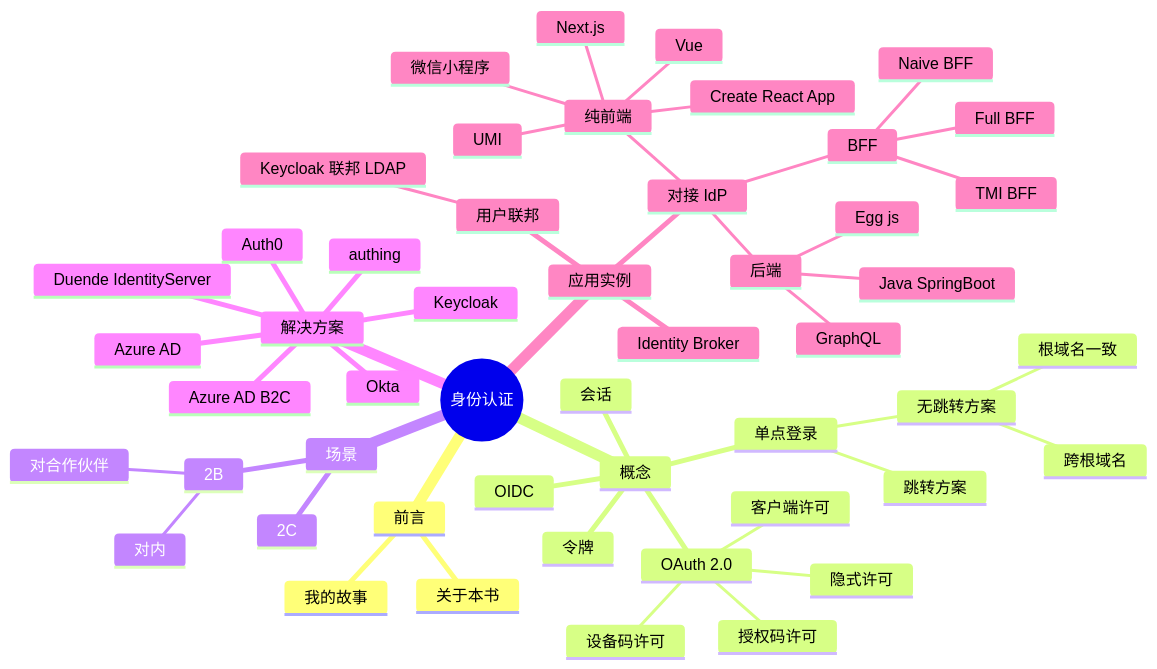
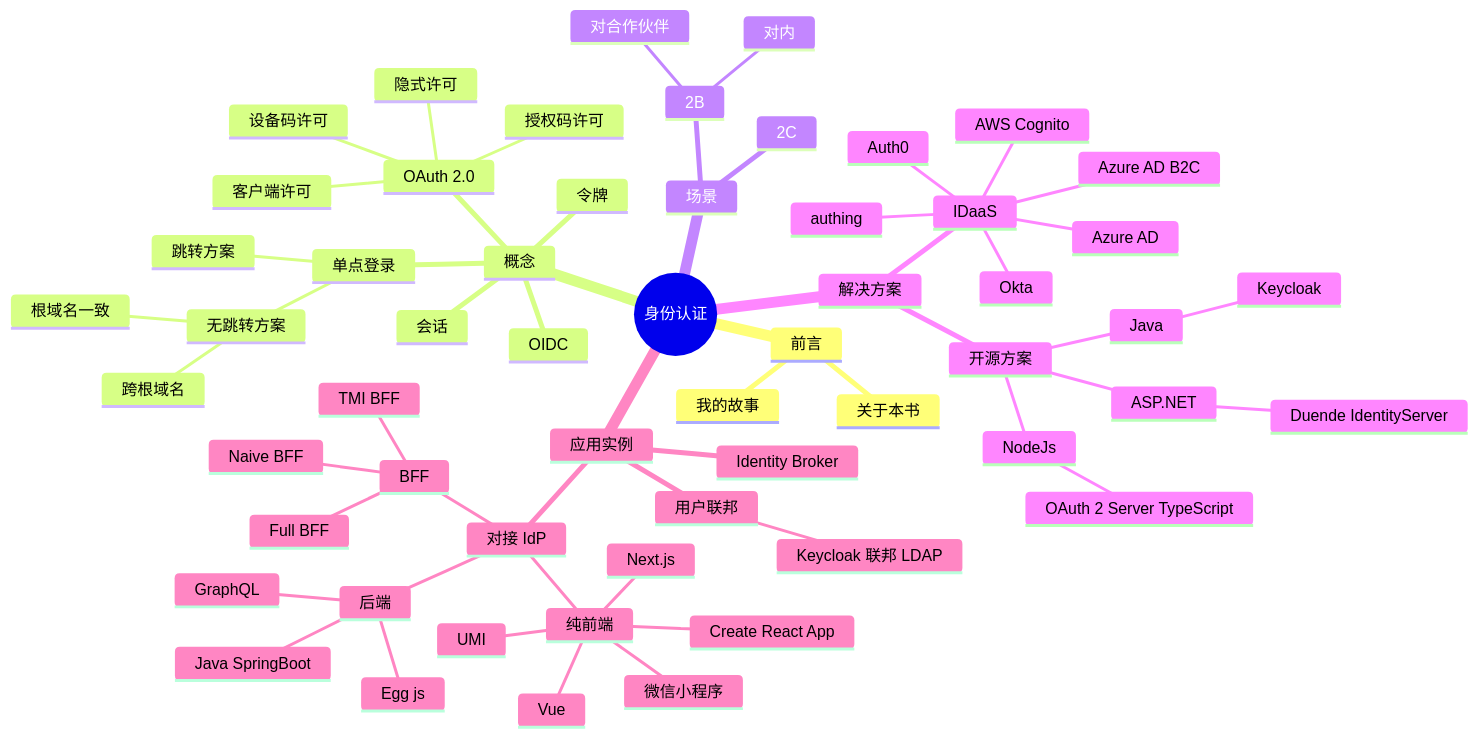
One commit to Jeff-Tian/AllAboutIdentity changed the first of 2 diagrams in docs/idea.md. Above: the diagram before and after it, drawn with Mermaid.

Commit message:
docs(UNI-115): add IDaaS

````diff
--- a/docs/idea.md
+++ b/docs/idea.md
@@ -5,53 +5,60 @@
 ```mermaid
 mindmap
   root((身份认证))
     前言
       我的故事
       关于本书
     概念
       会话
       令牌
       OAuth 2.0
         授权码许可
         客户端许可
         隐式许可
         设备码许可
       OIDC
       单点登录
         跳转方案
         无跳转方案
           根域名一致
           跨根域名
     场景
       2B
         对内
         对合作伙伴
       2C
     解决方案
-      authing
-      Keycloak
-      Duende IdentityServer
-      Okta
-      Auth0
-      Azure AD
-      Azure AD B2C
+      IDaaS
+        authing
+        Okta
+        Auth0
+        Azure AD
+        Azure AD B2C
+        AWS Cognito
+      开源方案
+        Java
+          Keycloak
+        ASP.NET
+          Duende IdentityServer
+        NodeJs
+          OAuth 2 Server TypeScript
     应用实例
       对接 IdP
         纯前端
           UMI
           Next.js
           Create React App
           Vue
           微信小程序
         BFF
           Naive BFF
           TMI BFF
           Full BFF
         后端
           Java SpringBoot
           Egg js
           GraphQL
       用户联邦
         Keycloak 联邦 LDAP
       Identity Broker
 ```
````
